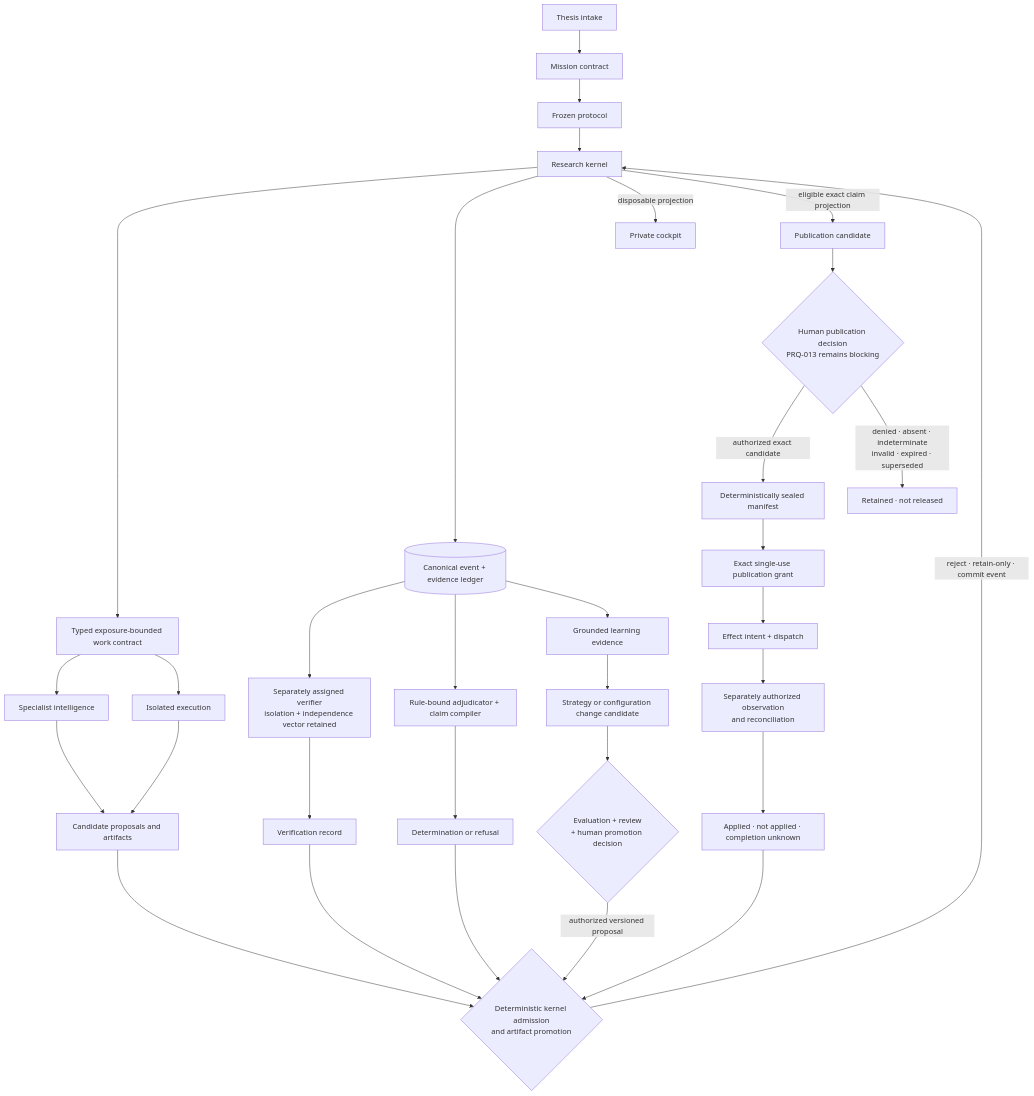
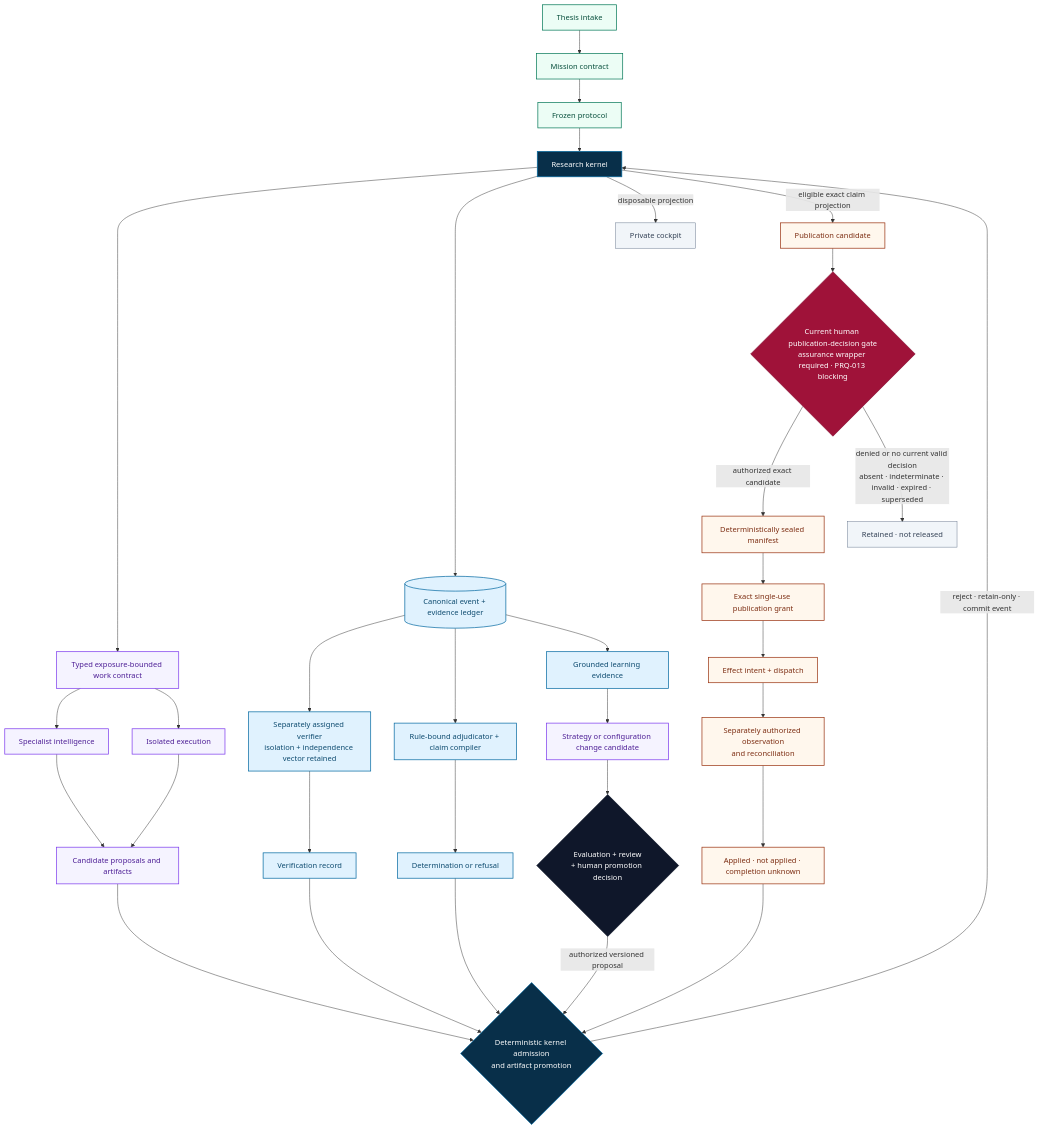
Before and after one commit to manfromnowhere143/odeya: the first of 3 diagrams in docs/ARCHITECTURE.md, drawn with Mermaid. The commit also changed other lines of this file and 21 other files, not shown here.

Commit message:
architecture: gate frontier research value claims

````diff
--- a/docs/ARCHITECTURE.md
+++ b/docs/ARCHITECTURE.md
@@ -11,34 +11,54 @@
 ```mermaid
 flowchart TB
+    accTitle: Proposed Odeya research control architecture
+    accDescr: Thesis intake and a frozen protocol enter a deterministic kernel. Typed work yields candidate artifacts; separately assigned verification and rule-bound adjudication feed kernel admission; grounded learning requires human promotion; and publication uses a separately governed single-use release path.
+
     T[Thesis intake] --> C[Mission contract]
     C --> P[Frozen protocol]
     P --> K[Research kernel]
     K --> W[Typed exposure-bounded work contract]
     W --> I[Specialist intelligence]
     W --> X[Isolated execution]
     I --> CA[Candidate proposals and artifacts]
     X --> CA
     CA --> G{Deterministic kernel admission<br/>and artifact promotion}
     G -->|reject · retain-only · commit event| K
     K --> E[(Canonical event + evidence ledger)]
     E --> V[Separately assigned verifier<br/>isolation + independence vector retained]
     V --> VR[Verification record]
     VR --> G
     E --> A[Rule-bound adjudicator + claim compiler]
     A --> AD[Determination or refusal]
     AD --> G
     K -->|disposable projection| U[Private cockpit]
     E --> L[Grounded learning evidence]
     L --> LC[Strategy or configuration change candidate]
     LC --> Q{Evaluation + review<br/>+ human promotion decision}
     Q -->|authorized versioned proposal| G
     K -->|eligible exact claim projection| PC[Publication candidate]
-    PC --> HD{Human publication decision<br/>PRQ-013 remains blocking}
+    PC --> HD{Current human publication-decision gate<br/>assurance wrapper required · PRQ-013 blocking}
     HD -->|authorized exact candidate| PM[Deterministically sealed manifest]
-    HD -->|denied · absent · indeterminate<br/>invalid · expired · superseded| NR[Retained · not released]
+    HD -->|denied or no current valid decision<br/>absent · indeterminate · invalid · expired · superseded| NR[Retained · not released]
     PM --> PG[Exact single-use publication grant]
     PG --> EE[Effect intent + dispatch]
     EE --> OO[Separately authorized observation<br/>and reconciliation]
     OO --> RS[Applied · not applied · completion unknown]
     RS --> G
+
+    classDef contract fill:#ECFDF5,stroke:#047857,stroke-width:1.5px,color:#064E3B
+    classDef kernel fill:#082F49,stroke:#0369A1,stroke-width:1.5px,color:#FFFFFF
+    classDef proposal fill:#F5F3FF,stroke:#7C3AED,stroke-width:1.5px,color:#4C1D95
+    classDef evidence fill:#E0F2FE,stroke:#0369A1,stroke-width:1.5px,color:#0C4A6E
+    classDef decision fill:#0F172A,stroke:#0F172A,stroke-width:1.5px,color:#FFFFFF
+    classDef projection fill:#F1F5F9,stroke:#64748B,stroke-width:1px,color:#334155
+    classDef release fill:#FFF7ED,stroke:#9A3412,stroke-width:1.5px,color:#7C2D12
+    classDef blocked fill:#9F1239,stroke:#881337,stroke-width:1.5px,color:#FFFFFF
+    class T,C,P contract
+    class K,G kernel
+    class W,I,X,CA,LC proposal
+    class E,V,VR,A,AD,L evidence
+    class Q decision
+    class U,NR projection
+    class PC,PM,PG,EE,OO,RS release
+    class HD blocked
 ```
````
